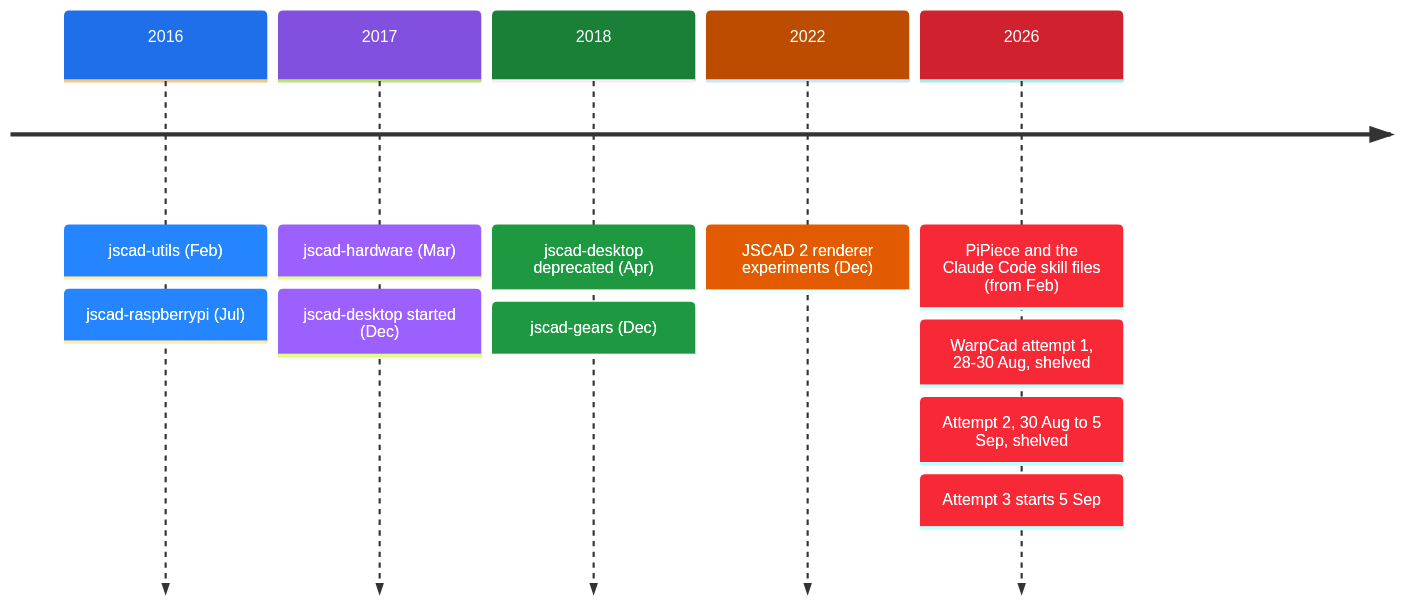
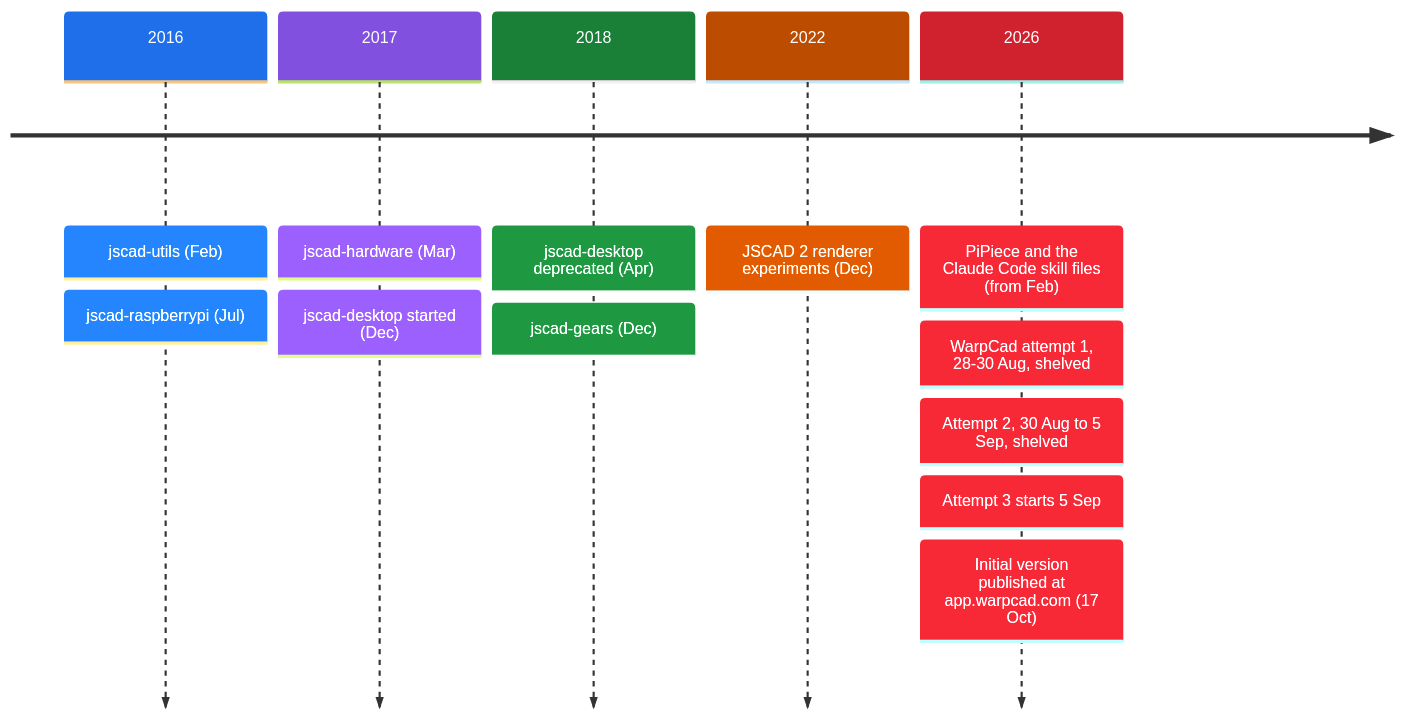
One commit to WarpCad/warpcad changed the second of 2 diagrams in README.md. Above: the diagram before and after it, drawn with Mermaid.

Commit message:
docs(docs): add the 17 Oct publish to the origin timeline
The timeline ended at the start of attempt 3, so it stopped before the
first public release. Adds the publish at app.warpcad.com on 17 Oct,
the date the README already uses for the live app (a61928c).

````diff
--- a/README.md
+++ b/README.md
@@ -231,15 +231,16 @@
 ```mermaid
 %%{init: {'theme': 'base', 'themeVariables': {'fontSize': '15px', 'cScale0': '#1f6feb', 'cScale1': '#8250df', 'cScale2': '#1a7f37', 'cScale3': '#bc4c00', 'cScale4': '#cf222e', 'cScaleLabel0': '#ffffff', 'cScaleLabel1': '#ffffff', 'cScaleLabel2': '#ffffff', 'cScaleLabel3': '#ffffff', 'cScaleLabel4': '#ffffff'}}}%%
 timeline
     2016 : jscad-utils (Feb)
          : jscad-raspberrypi (Jul)
     2017 : jscad-hardware (Mar)
          : jscad-desktop started (Dec)
     2018 : jscad-desktop deprecated (Apr)
          : jscad-gears (Dec)
     2022 : JSCAD 2 renderer experiments (Dec)
     2026 : PiPiece and the Claude Code skill files (from Feb)
          : WarpCad attempt 1, 28-30 Aug, shelved
          : Attempt 2, 30 Aug to 5 Sep, shelved
          : Attempt 3 starts 5 Sep
+         : Initial version published at app.warpcad.com (17 Oct)
 ```
````
